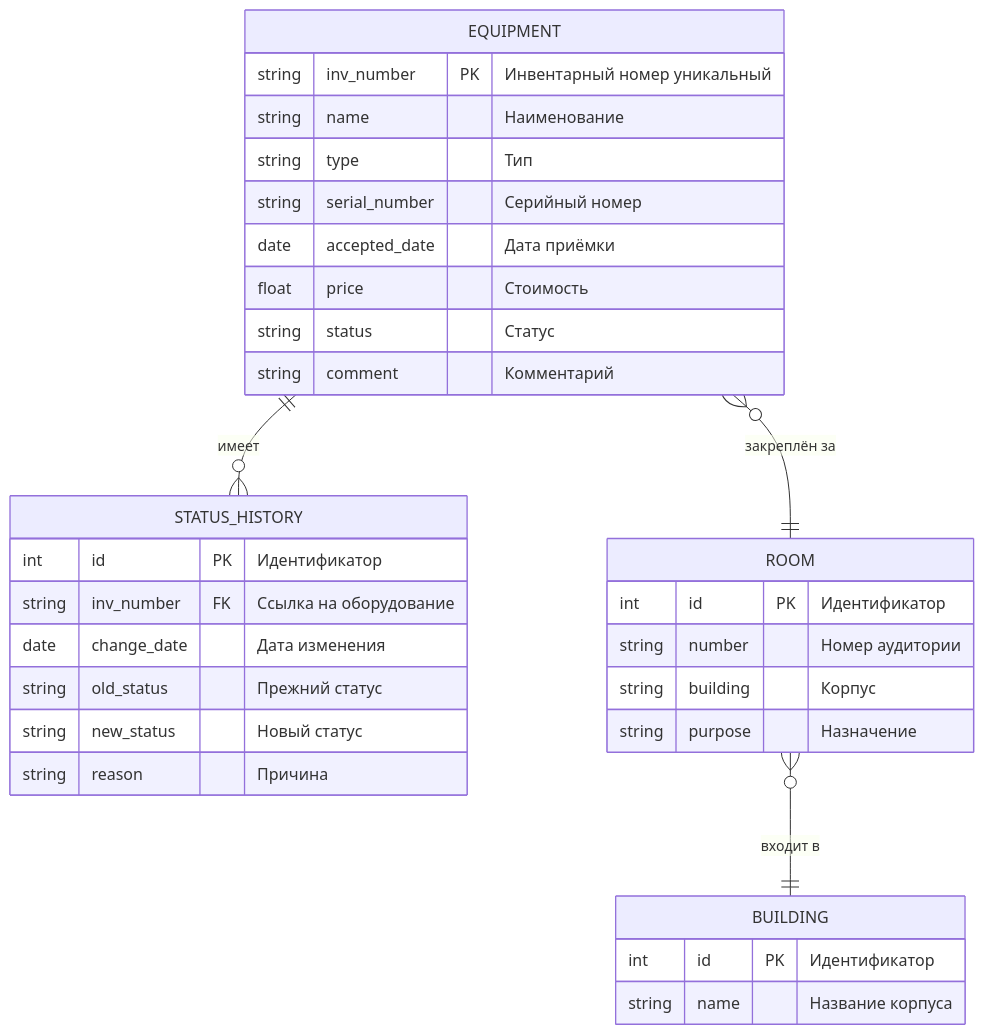
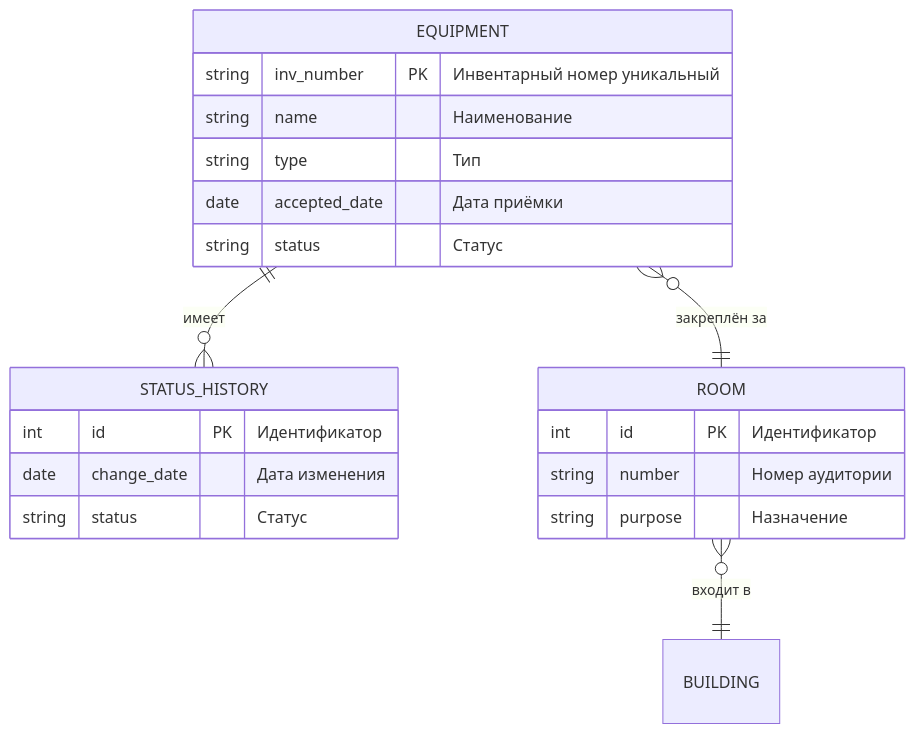
Before and after one commit to kuukuker/gazyava: the first of 3 diagrams in README.md, drawn with Mermaid. The commit also changed other lines of this file, not shown here.

````diff
--- a/README.md
+++ b/README.md
@@ -53,38 +53,28 @@
 ```mermaid
 erDiagram
     EQUIPMENT ||--o{ STATUS_HISTORY : "имеет"
     EQUIPMENT }o--|| ROOM : "закреплён за"
     ROOM }o--|| BUILDING : "входит в"
 
     EQUIPMENT {
         string inv_number PK "Инвентарный номер уникальный"
         string name "Наименование"
         string type "Тип"
-        string serial_number "Серийный номер"
         date accepted_date "Дата приёмки"
-        float price "Стоимость"
-        string status "Статус"
-        string comment "Комментарий"
+        string status "Статус" 
     }
 
     STATUS_HISTORY {
         int id PK "Идентификатор"
-        string inv_number FK "Ссылка на оборудование"
         date change_date "Дата изменения"
-        string old_status "Прежний статус"
-        string new_status "Новый статус"
-        string reason "Причина"
+        string status "Статус"
     }
 
     ROOM {
         int id PK "Идентификатор"
         string number "Номер аудитории"
-        string building "Корпус"
         string purpose "Назначение"
     }
 
-    BUILDING {
-        int id PK "Идентификатор"
-        string name "Название корпуса"
-    }
+  
 ```
````
